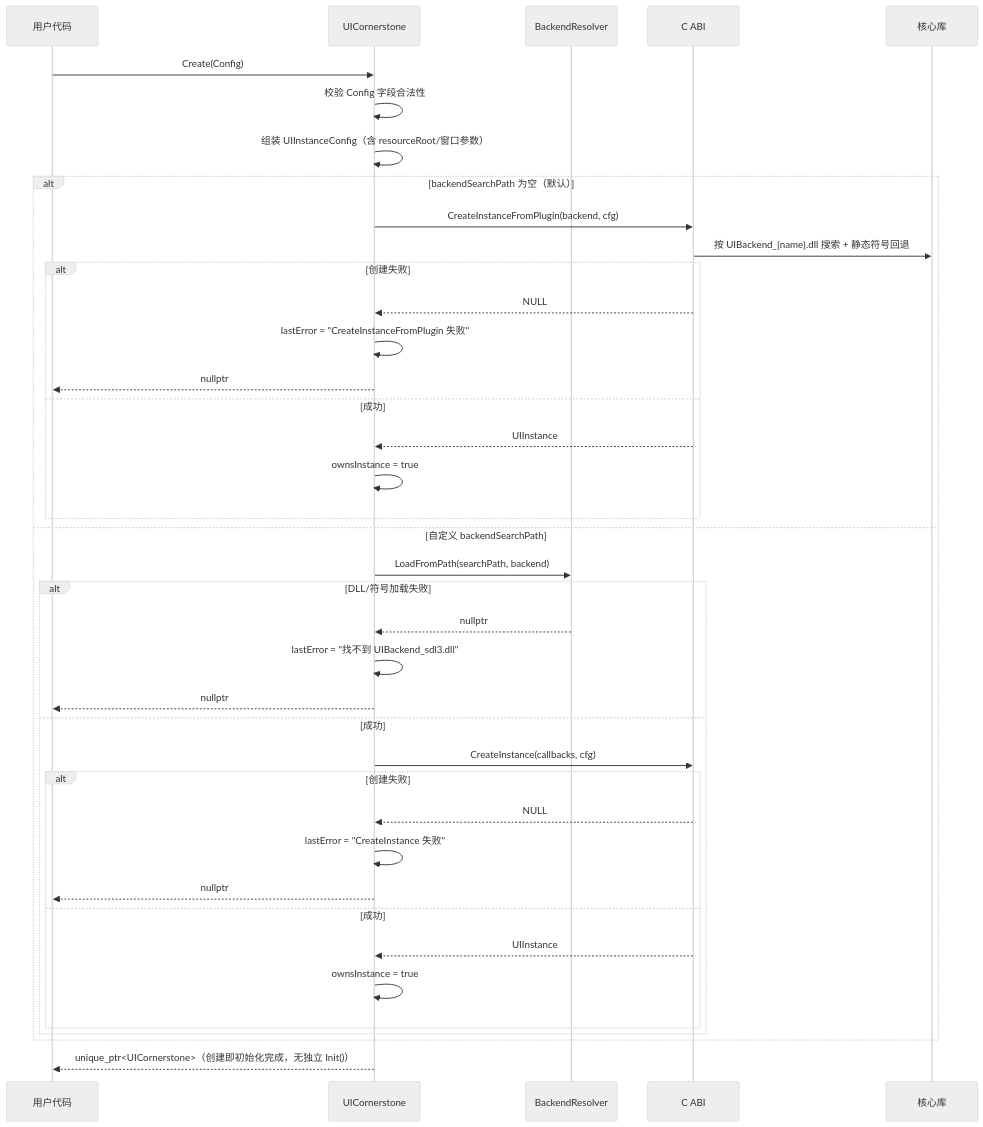
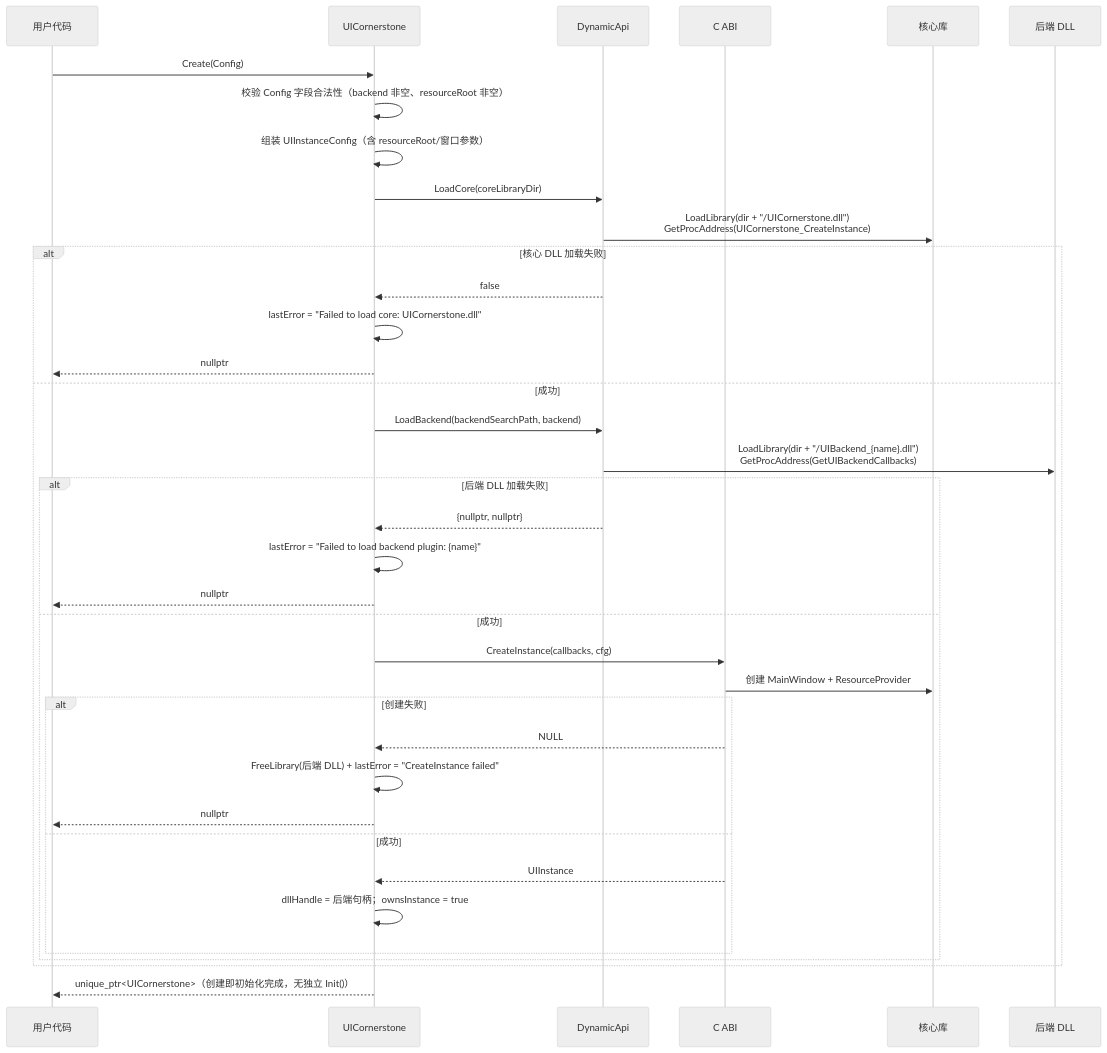
The fourth of 6 diagrams in doc/CppBinding_Design.md (SeaOceanLiu/UIControls), drawn with Mermaid (neutral theme) before and after one commit. The commit also changed other lines of this file and 79 other files, not shown here.

````diff
--- a/doc/CppBinding_Design.md
+++ b/doc/CppBinding_Design.md
@@ -1059,44 +1039,42 @@
 ```mermaid
 sequenceDiagram
     participant User as 用户代码
     participant B as UICornerstone
-    participant BR as BackendResolver
+    participant DA as DynamicApi
     participant C as C ABI
     participant Core as 核心库
+    participant BE as 后端 DLL
 
     User->>B: Create(Config)
-    B->>B: 校验 Config 字段合法性
+    B->>B: 校验 Config 字段合法性（backend 非空、resourceRoot 非空）
     B->>B: 组装 UIInstanceConfig（含 resourceRoot/窗口参数）
 
-    alt backendSearchPath 为空（默认）
-        B->>C: CreateInstanceFromPlugin(backend, cfg)
-        C->>Core: 按 UIBackend_{name}.dll 搜索 + 静态符号回退
-        alt 创建失败
-            C-->>B: NULL
-            B->>B: lastError = "CreateInstanceFromPlugin 失败"
-            B-->>User: nullptr
-        else 成功
-            C-->>B: UIInstance
-            B->>B: ownsInstance = true
-        end
-    else 自定义 backendSearchPath
-        B->>BR: LoadFromPath(searchPath, backend)
-        alt DLL/符号加载失败
-            BR-->>B: nullptr
-            B->>B: lastError = "找不到 UIBackend_sdl3.dll"
+    B->>DA: LoadCore(coreLibraryDir)
+    DA->>Core: LoadLibrary(dir + "/UICornerstone.dll")<br/>GetProcAddress(UICornerstone_CreateInstance)
+    alt 核心 DLL 加载失败
+        DA-->>B: false
+        B->>B: lastError = "Failed to load core: UICornerstone.dll"
+        B-->>User: nullptr
+    else 成功
+        B->>DA: LoadBackend(backendSearchPath, backend)
+        DA->>BE: LoadLibrary(dir + "/UIBackend_{name}.dll")<br/>GetProcAddress(GetUIBackendCallbacks)
+        alt 后端 DLL 加载失败
+            DA-->>B: {nullptr, nullptr}
+            B->>B: lastError = "Failed to load backend plugin: {name}"
             B-->>User: nullptr
         else 成功
             B->>C: CreateInstance(callbacks, cfg)
+            C->>Core: 创建 MainWindow + ResourceProvider
             alt 创建失败
                 C-->>B: NULL
-                B->>B: lastError = "CreateInstance 失败"
+                B->>B: FreeLibrary(后端 DLL) + lastError = "CreateInstance failed"
                 B-->>User: nullptr
             else 成功
                 C-->>B: UIInstance
-                B->>B: ownsInstance = true
+                B->>B: dllHandle = 后端句柄；ownsInstance = true
             end
         end
     end
 
     B-->>User: unique_ptr<UICornerstone>（创建即初始化完成，无独立 Init()）
 ```
````
